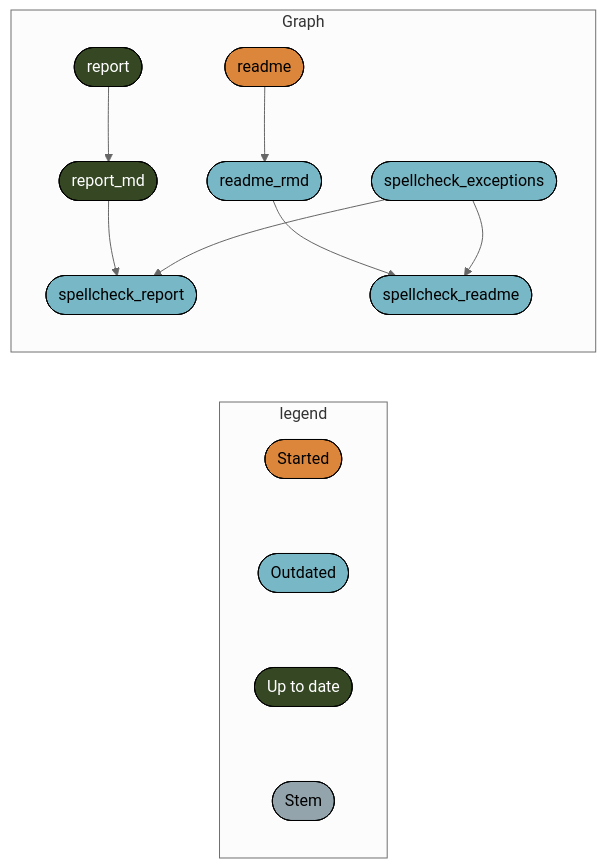
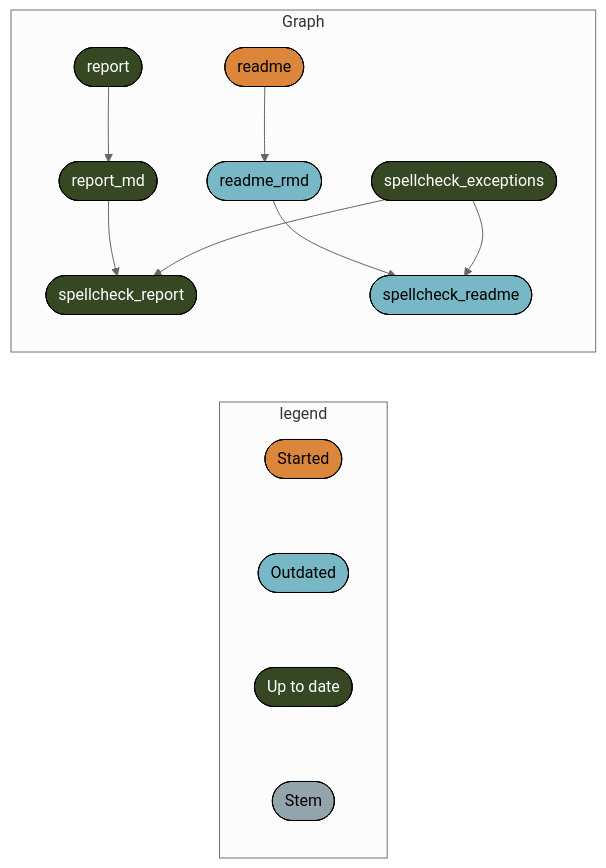
The diagram in README.md (crsh/bf-defprit), drawn with Mermaid (neutral theme) before and after one commit. The commit also changed other lines of this file and 3 other files, not shown here.

````diff
--- a/README.md
+++ b/README.md
@@ -277,23 +275,23 @@
 ``` mermaid
 graph LR
   subgraph legend
     x5b3426b4c7fa7dbc([""Started""]):::started --- x0a52b03877696646([""Outdated""]):::outdated
     x0a52b03877696646([""Outdated""]):::outdated --- x7420bd9270f8d27d([""Up to date""]):::uptodate
     x7420bd9270f8d27d([""Up to date""]):::uptodate --- xbf4603d6c2c2ad6b([""Stem""]):::none
   end
   subgraph Graph
     x6e52cb0f1668cc22(["readme"]):::started --> x5a4cc06fc4a3b7ee(["readme_rmd"]):::outdated
-    x318ca994c4bb593a(["report_md"]):::uptodate --> xe6fb6b2c93ead02c(["spellcheck_report"]):::outdated
-    x4ffa27198e787466(["spellcheck_exceptions"]):::outdated --> xe6fb6b2c93ead02c(["spellcheck_report"]):::outdated
+    x318ca994c4bb593a(["report_md"]):::uptodate --> xe6fb6b2c93ead02c(["spellcheck_report"]):::uptodate
+    x4ffa27198e787466(["spellcheck_exceptions"]):::uptodate --> xe6fb6b2c93ead02c(["spellcheck_report"]):::uptodate
     x5a4cc06fc4a3b7ee(["readme_rmd"]):::outdated --> xf1a660a3e2076bea(["spellcheck_readme"]):::outdated
-    x4ffa27198e787466(["spellcheck_exceptions"]):::outdated --> xf1a660a3e2076bea(["spellcheck_readme"]):::outdated
+    x4ffa27198e787466(["spellcheck_exceptions"]):::uptodate --> xf1a660a3e2076bea(["spellcheck_readme"]):::outdated
     xe0fba61fbc506510(["report"]):::uptodate --> x318ca994c4bb593a(["report_md"]):::uptodate
   end
   classDef started stroke:#000000,color:#000000,fill:#DC863B;
   classDef outdated stroke:#000000,color:#000000,fill:#78B7C5;
   classDef uptodate stroke:#000000,color:#ffffff,fill:#354823;
   classDef none stroke:#000000,color:#000000,fill:#94a4ac;
   linkStyle 0 stroke-width:0px;
   linkStyle 1 stroke-width:0px;
   linkStyle 2 stroke-width:0px;
 ```
````
